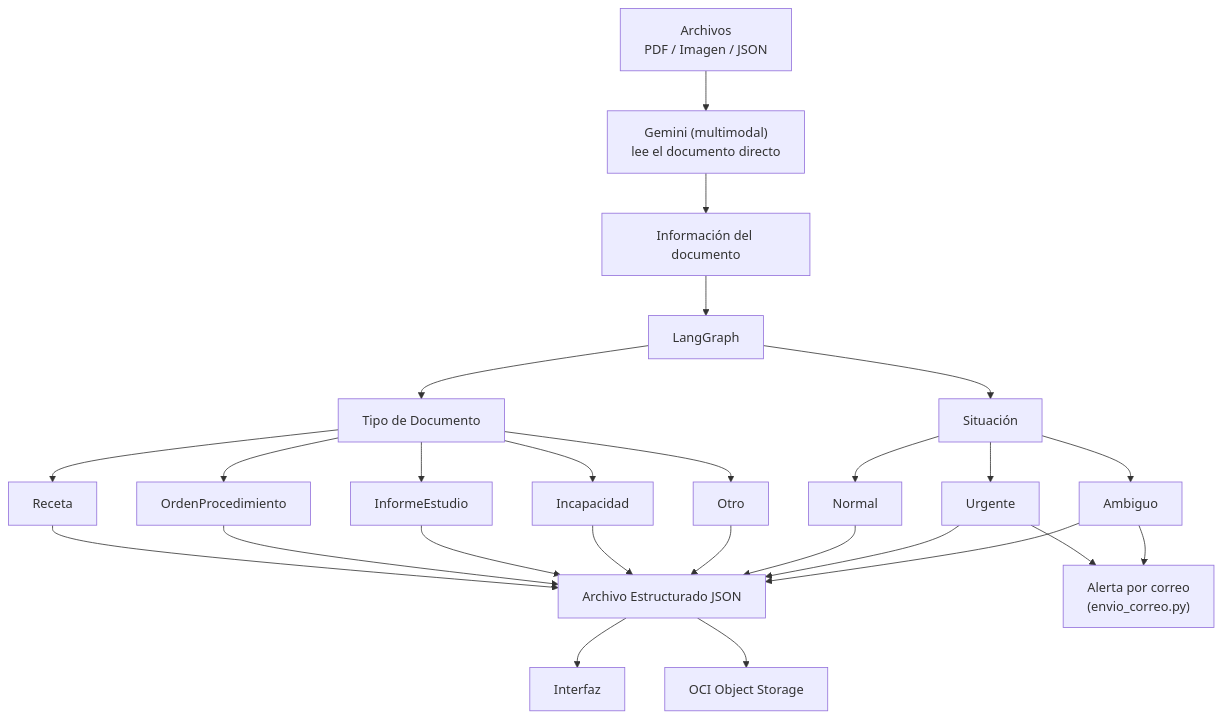
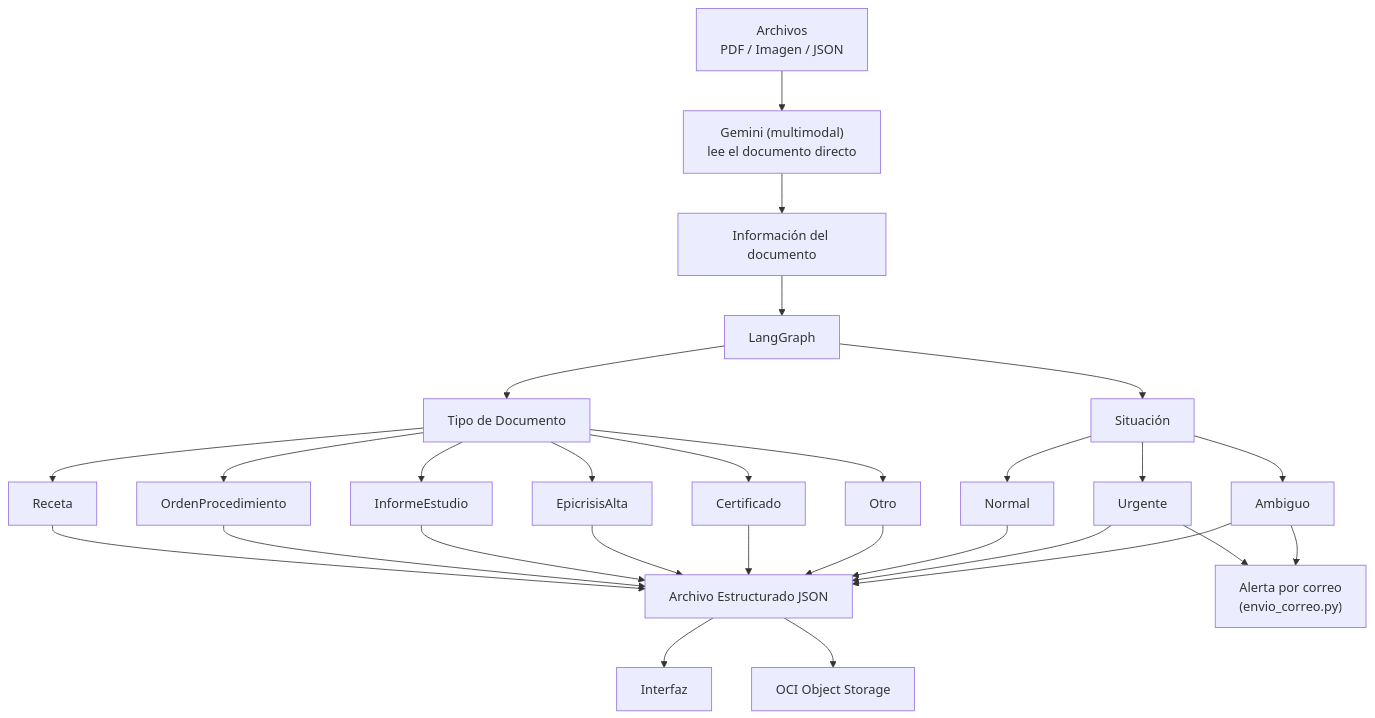
Before and after one commit to No-Country-simulation/G10-LATAM-EQUIPO50-MediFlow: the diagram in docs/arquitectura.md, drawn with Mermaid. The commit also changed 3 other files, not shown here.

````diff
--- a/docs/arquitectura.md
+++ b/docs/arquitectura.md
@@ -5,28 +5,30 @@
 ```mermaid
 flowchart TD
     A["Archivos\nPDF / Imagen / JSON"] --> B["Gemini (multimodal)\nlee el documento directo"]
     B --> C["Información del documento"]
     C --> D["LangGraph"]
     D --> E["Tipo de Documento"]
     D --> F["Situación"]
     E --> E1["Receta"]
     E --> E2["OrdenProcedimiento"]
     E --> E3["InformeEstudio"]
-    E --> E4["Incapacidad"]
-    E --> E5["Otro"]
+    E --> E4["EpicrisisAlta"]
+    E --> E5["Certificado"]
+    E --> E6["Otro"]
     F --> F1["Normal"]
     F --> F2["Urgente"]
     F --> F3["Ambiguo"]
     E1 --> G["Archivo Estructurado JSON"]
     E2 --> G
     E3 --> G
     E4 --> G
     E5 --> G
+    E6 --> G
     F1 --> G
     F2 --> G
     F3 --> G
     G --> H["Interfaz"]
     G --> I["OCI Object Storage"]
     F2 --> J["Alerta por correo\n(envio_correo.py)"]
     F3 --> J
 ```
````
